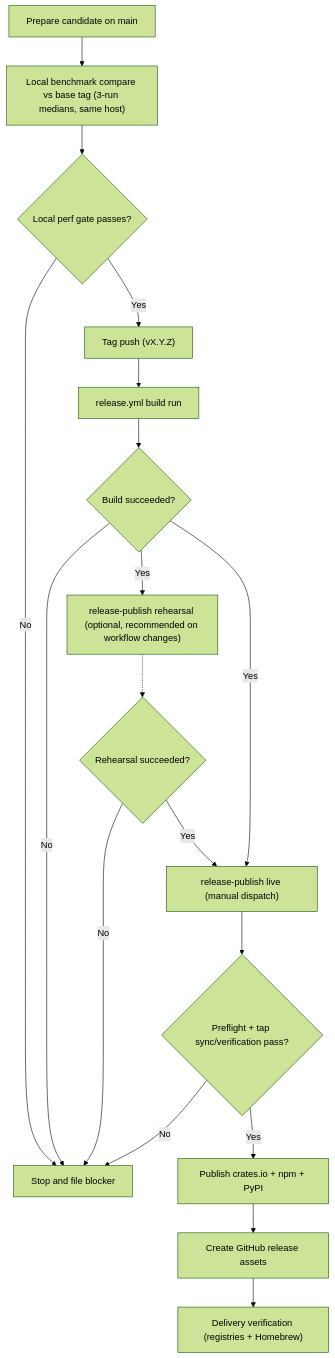
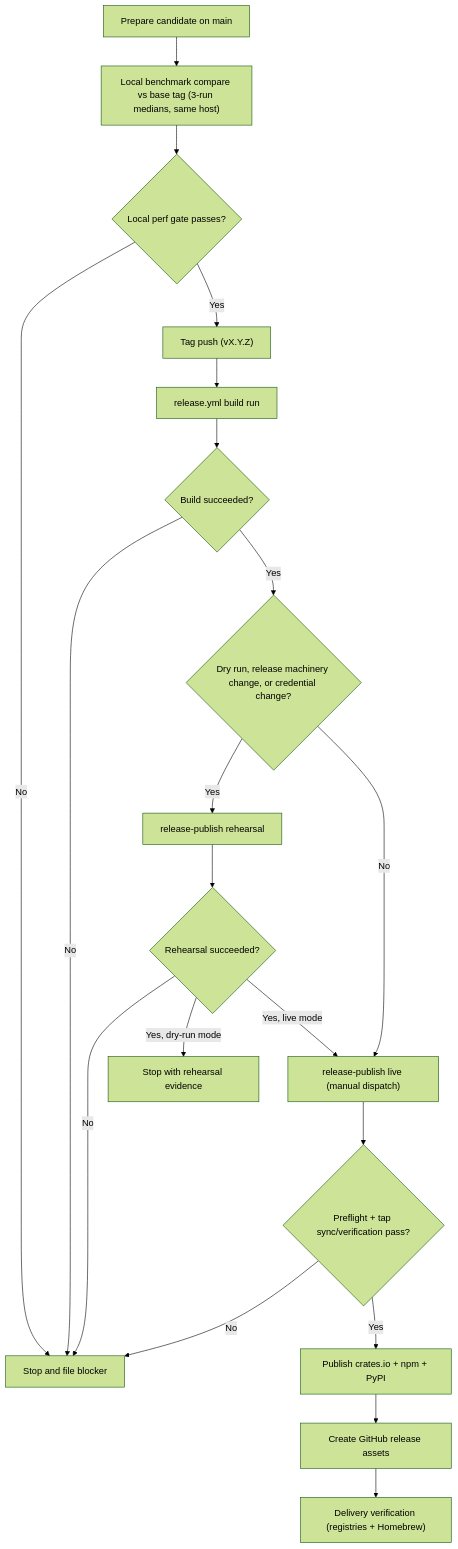
The diagram in docs/record/releasing.md (sandover/plasmite), drawn with Mermaid (forest theme) before and after one commit. The commit also changed other lines of this file and 2 other files, not shown here.

Commit message:
docs: make release rehearsal conditional

````diff
--- a/docs/record/releasing.md
+++ b/docs/record/releasing.md
@@ -159,20 +173,22 @@
 ```mermaid
 flowchart TD
     A["Prepare candidate on main"] --> A1["Local benchmark compare vs base tag (3-run medians, same host)"]
     A1 --> A2{"Local perf gate passes?"}
     A2 -- "No" --> X["Stop and file blocker"]
     A2 -- "Yes" --> B["Tag push (vX.Y.Z)"]
     B --> C["release.yml build run"]
     C --> D{"Build succeeded?"}
     D -- "No" --> X
-    D -- "Yes" --> E["release-publish rehearsal (optional, recommended on workflow changes)"]
-    E -.-> F{"Rehearsal succeeded?"}
-    F -- "No" --> X
-    F -- "Yes" --> G["release-publish live (manual dispatch)"]
-    D -- "Yes" --> G
+    D -- "Yes" --> E{"Dry run, release machinery change, or credential change?"}
+    E -- "Yes" --> F["release-publish rehearsal"]
+    F --> F1{"Rehearsal succeeded?"}
+    F1 -- "No" --> X
+    F1 -- "Yes, dry-run mode" --> L["Stop with rehearsal evidence"]
+    F1 -- "Yes, live mode" --> G["release-publish live (manual dispatch)"]
+    E -- "No" --> G
     G --> H{"Preflight + tap sync/verification pass?"}
     H -- "No" --> X
     H -- "Yes" --> I["Publish crates.io + npm + PyPI"]
     I --> J["Create GitHub release assets"]
     J --> K["Delivery verification (registries + Homebrew)"]
 ```
````
